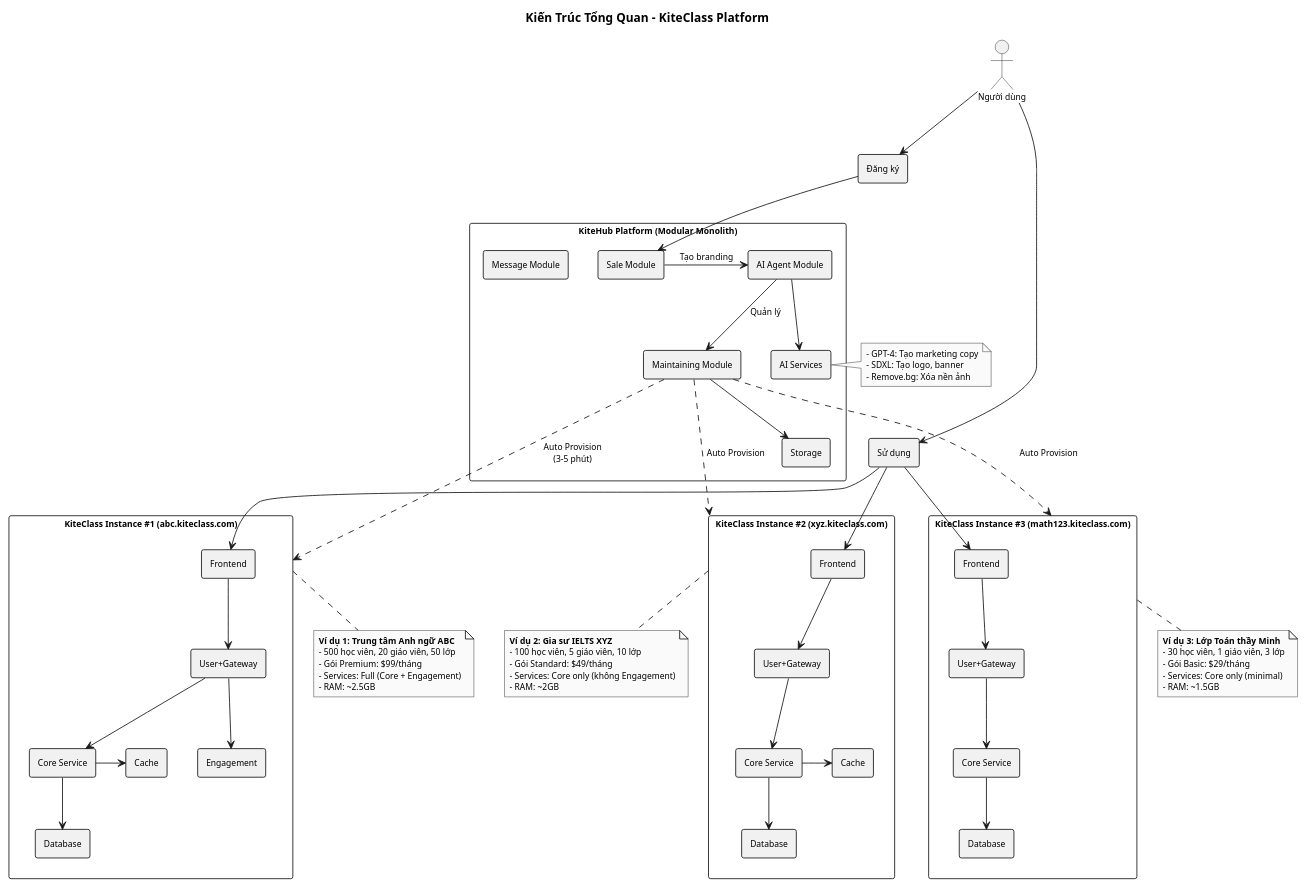
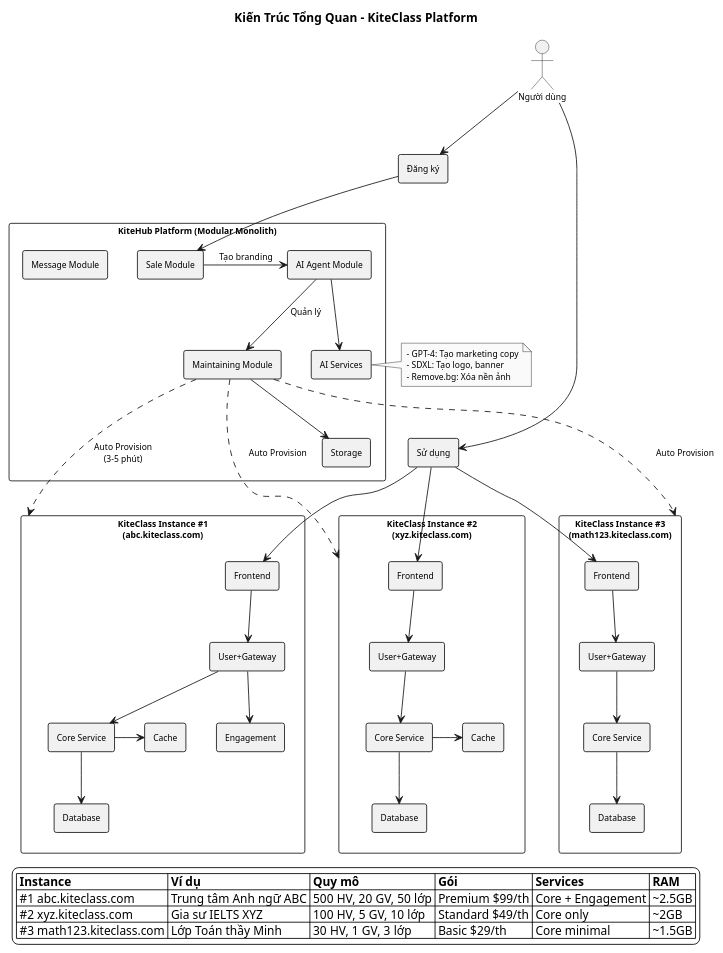
One commit to VictorAurelius/2026-Kite-Class-Platform changed the diagram in diagrams/05-system-overview-v3.puml. Above: the diagram before and after it, drawn with PlantUML. The commit also changed 2 other files, not shown here.

```diff
--- a/diagrams/05-system-overview-v3.puml
+++ b/diagrams/05-system-overview-v3.puml
@@ -1,115 +1,98 @@
 @startuml system-overview-v3
 skinparam backgroundColor #FFFFFF
 skinparam defaultFontSize 10
 skinparam monochrome true
 skinparam shadowing false
 skinparam packageStyle rectangle
 skinparam rectangleBorderThickness 1
 
 title Kiến Trúc Tổng Quan - KiteClass Platform
 
 actor "Người dùng" as USER
 
 rectangle "Đăng ký" as REG
 rectangle "Sử dụng" as USE
 
 USER -down-> REG
 USER -down-> USE
 
 package "KiteHub Platform (Modular Monolith)" {
     rectangle "Message Module" as MSG
     rectangle "Sale Module" as SALE
 
     rectangle "AI Agent Module" as AI
     rectangle "Maintaining Module" as MAINT
 
     rectangle "Storage" as STORAGE
     rectangle "AI Services" as AI_SVC
 
     MSG -[hidden]right- SALE
     AI -[hidden]right- MAINT
     AI -down-> AI_SVC
     MAINT -down-> STORAGE
 }
 
 note right of AI_SVC
     - GPT-4: Tạo marketing copy
     - SDXL: Tạo logo, banner
     - Remove.bg: Xóa nền ảnh
 end note
 
-package "KiteClass Instance #1 (abc.kiteclass.com)" as KC1 {
+package "KiteClass Instance #1\n(abc.kiteclass.com)" as KC1 {
     rectangle "Frontend" as FE1
     rectangle "User+Gateway" as UG1
     rectangle "Core Service" as CORE1
     rectangle "Engagement" as ENG1
     rectangle "Database" as DB1
     rectangle "Cache" as CACHE1
 }
 
-note bottom of KC1
-    **Ví dụ 1: Trung tâm Anh ngữ ABC**
-    - 500 học viên, 20 giáo viên, 50 lớp
-    - Gói Premium: $99/tháng
-    - Services: Full (Core + Engagement)
-    - RAM: ~2.5GB
-end note
-
-package "KiteClass Instance #2 (xyz.kiteclass.com)" as KC2 {
+package "KiteClass Instance #2\n(xyz.kiteclass.com)" as KC2 {
     rectangle "Frontend" as FE2
     rectangle "User+Gateway" as UG2
     rectangle "Core Service" as CORE2
     rectangle "Database" as DB2
     rectangle "Cache" as CACHE2
 }
 
-note bottom of KC2
-    **Ví dụ 2: Gia sư IELTS XYZ**
-    - 100 học viên, 5 giáo viên, 10 lớp
-    - Gói Standard: $49/tháng
-    - Services: Core only (không Engagement)
-    - RAM: ~2GB
-end note
-
-package "KiteClass Instance #3 (math123.kiteclass.com)" as KC3 {
+package "KiteClass Instance #3\n(math123.kiteclass.com)" as KC3 {
     rectangle "Frontend" as FE3
     rectangle "User+Gateway" as UG3
     rectangle "Core Service" as CORE3
     rectangle "Database" as DB3
 }
-
-note bottom of KC3
-    **Ví dụ 3: Lớp Toán thầy Minh**
-    - 30 học viên, 1 giáo viên, 3 lớp
-    - Gói Basic: $29/tháng
-    - Services: Core only (minimal)
-    - RAM: ~1.5GB
-end note
 
 REG -down-> SALE
 SALE -right-> AI : Tạo branding
 AI -down-> MAINT : Quản lý
 MAINT -down..> KC1 : Auto Provision\n(3-5 phút)
 MAINT -down..> KC2 : Auto Provision
 MAINT -down..> KC3 : Auto Provision
 
 USE -down-> FE1
 USE -down-> FE2
 USE -down-> FE3
 
 FE1 -down-> UG1
 UG1 -down-> CORE1
 UG1 -down-> ENG1
 CORE1 -down-> DB1
 CORE1 -right-> CACHE1
 
 FE2 -down-> UG2
 UG2 -down-> CORE2
 CORE2 -down-> DB2
 CORE2 -right-> CACHE2
 
 FE3 -down-> UG3
 UG3 -down-> CORE3
 CORE3 -down-> DB3
 
+legend bottom
+|= Instance |= Ví dụ |= Quy mô |= Gói |= Services |= RAM |
+| #1 abc.kiteclass.com | Trung tâm Anh ngữ ABC | 500 HV, 20 GV, 50 lớp | Premium $99/th | Core + Engagement | ~2.5GB |
+| #2 xyz.kiteclass.com | Gia sư IELTS XYZ | 100 HV, 5 GV, 10 lớp | Standard $49/th | Core only | ~2GB |
+| #3 math123.kiteclass.com | Lớp Toán thầy Minh | 30 HV, 1 GV, 3 lớp | Basic $29/th | Core minimal | ~1.5GB |
+endlegend
+
 @enduml
```
